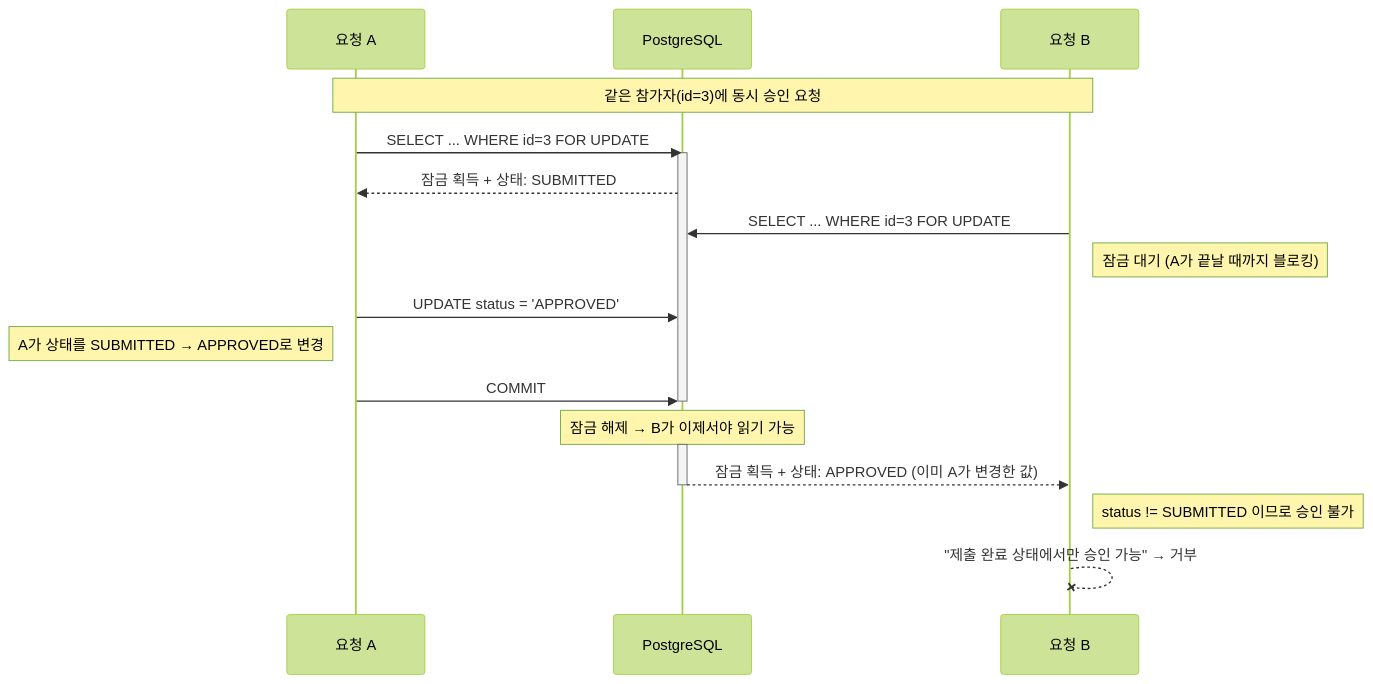
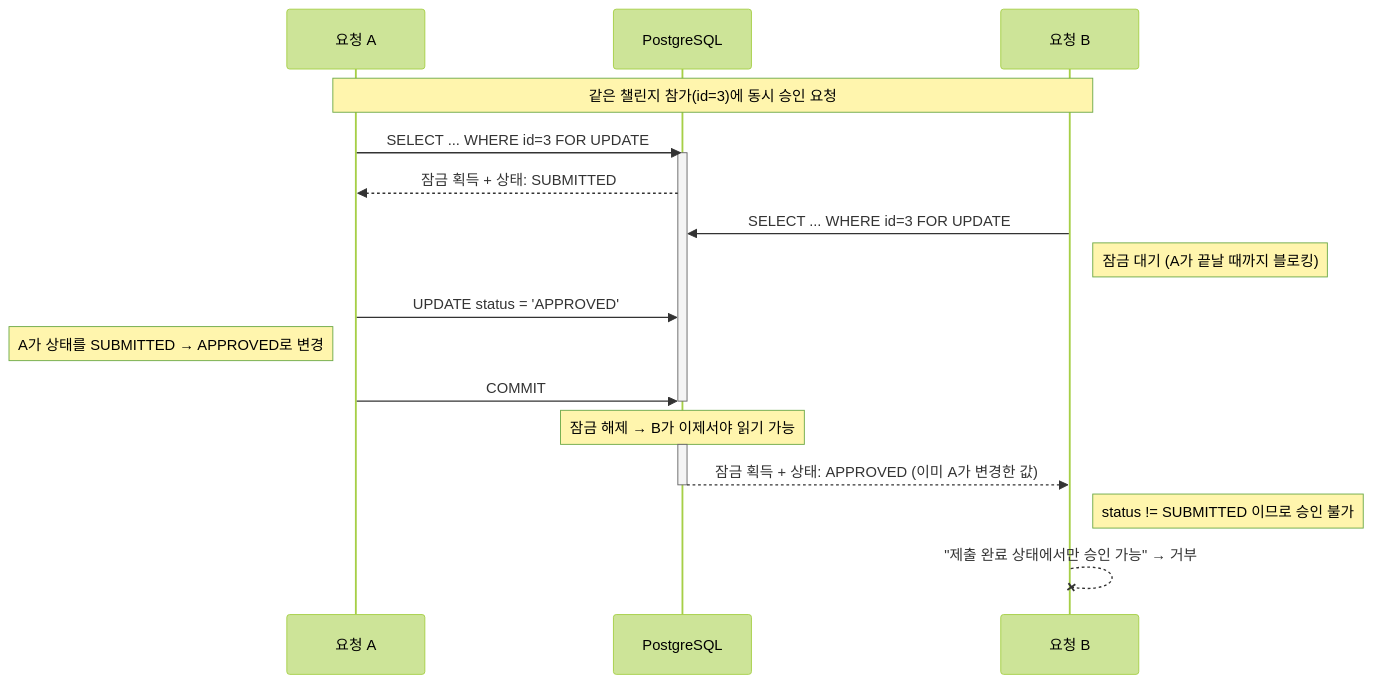
Before and after one commit to dota-pilot1/dev-challenge-container: the diagram in docs-for-동시성 문제 발생/총정리/동시 승인 방지/비관적락_흐름.mmd, drawn with Mermaid (forest theme).

Commit message:
docs: 비관적락 흐름도 문구 수정 - 같은 챌린지 참가

```diff
--- a/docs-for-동시성 문제 발생/총정리/동시 승인 방지/비관적락_흐름.mmd
+++ b/docs-for-동시성 문제 발생/총정리/동시 승인 방지/비관적락_흐름.mmd
@@ -1,27 +1,27 @@
 sequenceDiagram
     participant A as 요청 A
     participant DB as PostgreSQL
     participant B as 요청 B
 
-    Note over A,B: 같은 참가자(id=3)에 동시 승인 요청
+    Note over A,B: 같은 챌린지 참가(id=3)에 동시 승인 요청
 
     A->>DB: SELECT ... WHERE id=3 FOR UPDATE
     activate DB
     DB-->>A: 잠금 획득 + 상태: SUBMITTED
 
     B->>DB: SELECT ... WHERE id=3 FOR UPDATE
     Note right of B: 잠금 대기 (A가 끝날 때까지 블로킹)
 
     A->>DB: UPDATE status = 'APPROVED'
     Note left of A: A가 상태를 SUBMITTED → APPROVED로 변경
 
     A->>DB: COMMIT
     deactivate DB
     Note over DB: 잠금 해제 → B가 이제서야 읽기 가능
 
     activate DB
     DB-->>B: 잠금 획득 + 상태: APPROVED (이미 A가 변경한 값)
     deactivate DB
 
     Note right of B: status != SUBMITTED 이므로 승인 불가
     B--xB: "제출 완료 상태에서만 승인 가능" → 거부
```
